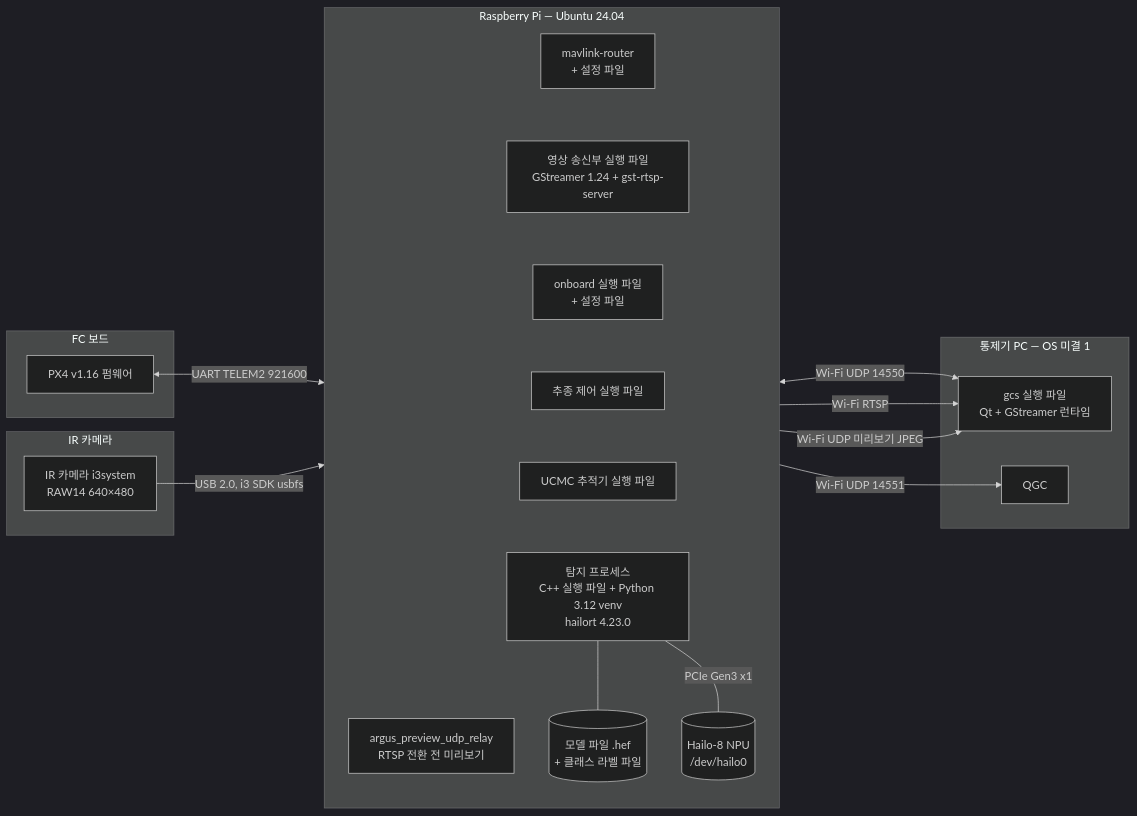
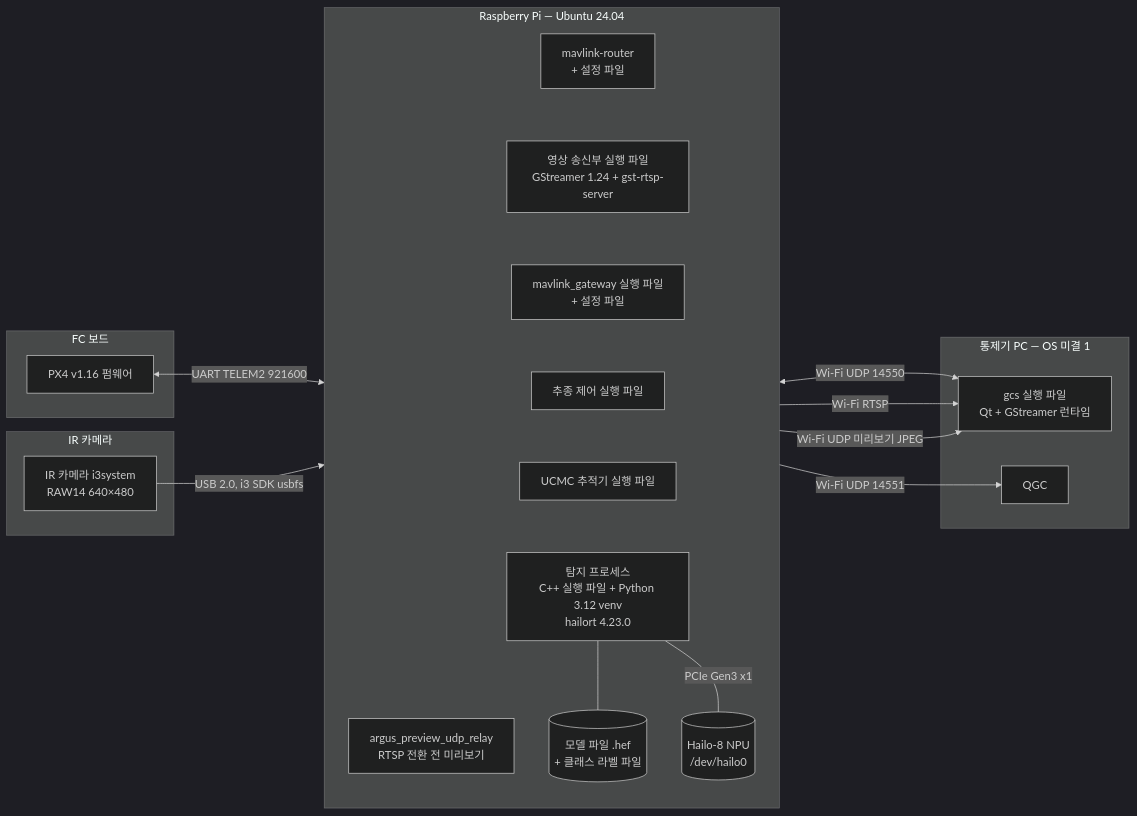
The diagram in docs/design/uml/deployment.md (lig-argus/argus-edge-vision), drawn with Mermaid (dark theme) before and after one commit. The commit also changed other lines of this file and 44 other files, not shown here.

First line of the commit message:
refactor(onboard): FC, 통제기 통신 프로세스의 이름을 onboard 에서 mavlink_gateway 로 변경 (#83)

````diff
--- a/docs/design/uml/deployment.md
+++ b/docs/design/uml/deployment.md
@@ -9,34 +9,34 @@
 ```mermaid
 flowchart LR
     subgraph fc_node [FC 보드]
         px4[PX4 v1.16 펌웨어]
     end
     subgraph cam_node [IR 카메라]
         ir[IR 카메라 i3system<br/>RAW14 640×480]
     end
     subgraph rpi_node [Raspberry Pi — Ubuntu 24.04]
         direction TB
         router[mavlink-router<br/>+ 설정 파일]
         vtx[영상 송신부 실행 파일<br/>GStreamer 1.24 + gst-rtsp-server]
-        onboard[onboard 실행 파일<br/>+ 설정 파일]
+        mavlink_gateway[mavlink_gateway 실행 파일<br/>+ 설정 파일]
         follow[추종 제어 실행 파일]
         tracker[UCMC 추적기 실행 파일]
         vision[탐지 프로세스<br/>C++ 실행 파일 + Python 3.12 venv<br/>hailort 4.23.0]
         relay[argus_preview_udp_relay<br/>RTSP 전환 전 미리보기]
         model[(모델 파일 .hef<br/>+ 클래스 라벨 파일)]
         npu[(Hailo-8 NPU<br/>/dev/hailo0)]
-        router ~~~ vtx ~~~ onboard ~~~ follow ~~~ tracker ~~~ vision ~~~ relay
+        router ~~~ vtx ~~~ mavlink_gateway ~~~ follow ~~~ tracker ~~~ vision ~~~ relay
     end
     subgraph gcs_node [통제기 PC — OS 미결 1]
         gcs[gcs 실행 파일<br/>Qt + GStreamer 런타임]
         qgc[QGC]
     end
     px4 <-->|UART TELEM2 921600| router
     router <-->|Wi-Fi UDP 14550| gcs
     router -->|Wi-Fi UDP 14551| qgc
     vtx -->|Wi-Fi RTSP| gcs
     ir -->|USB 2.0, i3 SDK usbfs| vision
     vision --- model
     vision ---|PCIe Gen3 x1| npu
     relay -->|Wi-Fi UDP 미리보기 JPEG| gcs
 ```
````
